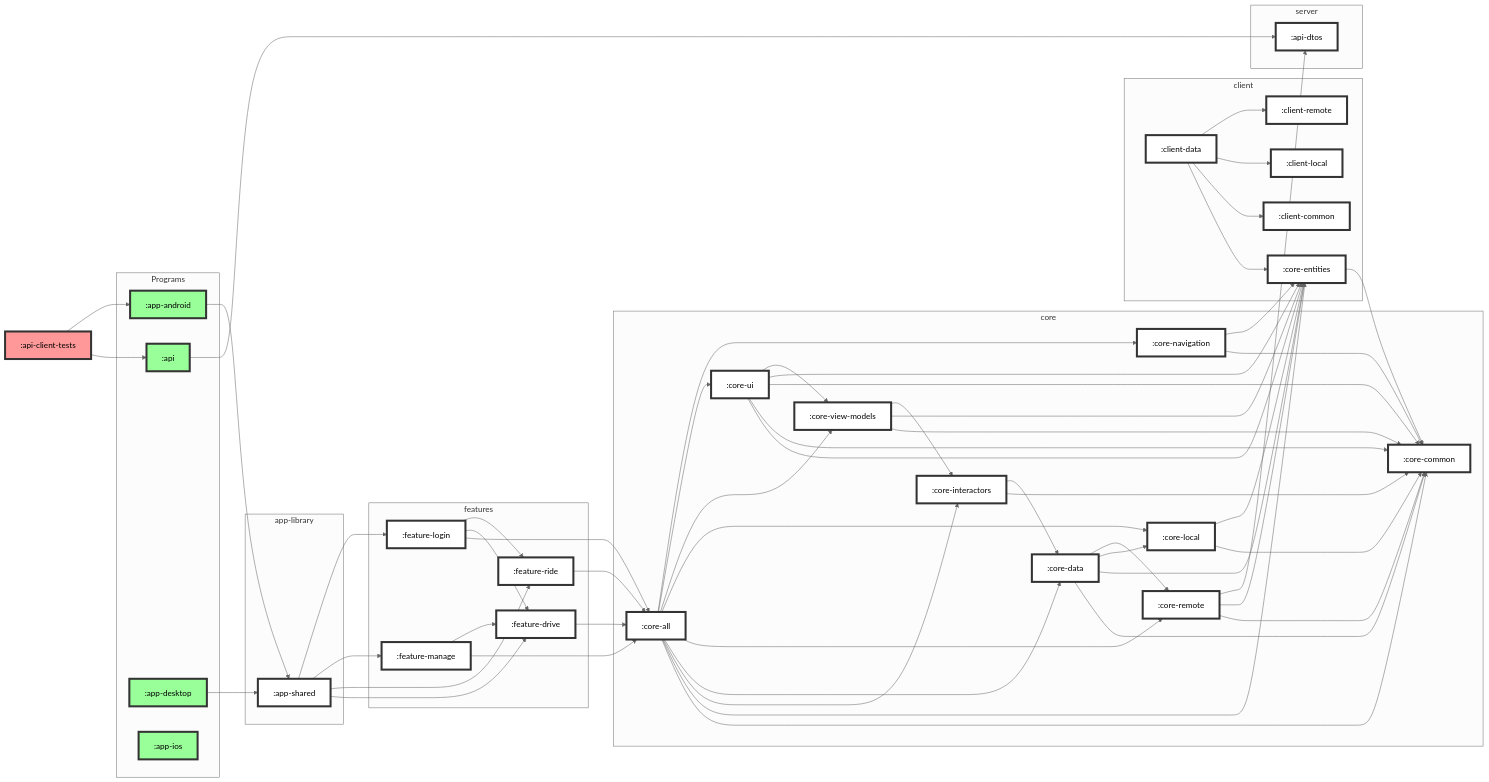
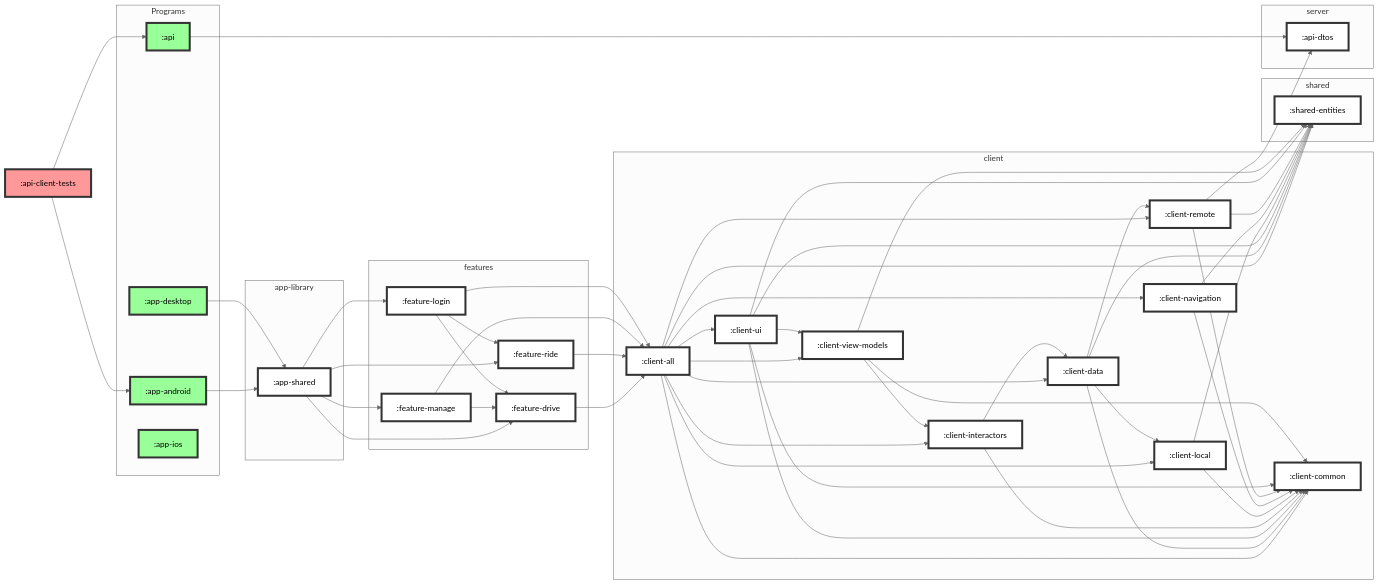
The second of 2 diagrams in README.md (Pointyware/XYZ), drawn with Mermaid before and after one commit.

Commit message:
Replace core modules with client naming

````diff
--- a/README.md
+++ b/README.md
@@ -153,68 +153,62 @@
     :feature-login
   end
 
-  :feature-drive --> :core-all
-  :feature-ride --> :core-all
-  :feature-manage --> :core-all
-  :feature-login --> :core-all
+  :feature-drive --> :client-all
+  :feature-ride --> :client-all
+  :feature-manage --> :client-all
+  :feature-login --> :client-all
   
   :feature-manage --> :feature-drive
   
   :feature-login --> :feature-drive
   :feature-login --> :feature-ride
 
+  subgraph shared
+    :shared-entities
+  end
+
   subgraph server
     :api-dtos
   end
   
   subgraph client
-    :client-data --> :core-entities
+    :client-all --> :shared-entities
+    :client-all --> :client-common
+    :client-all --> :client-interactors
+    :client-all --> :client-data
+    :client-all --> :client-remote
+    :client-all --> :client-local
+    :client-all --> :client-view-models
+    :client-all --> :client-ui
+    :client-all --> :client-navigation
 
+    :client-data --> :shared-entities
     :client-data --> :client-common
     :client-data --> :client-local
     :client-data --> :client-remote
-  end
 
-  subgraph core
-    :core-all --> :core-common
-    :core-all --> :core-entities
-    :core-all --> :core-interactors
-    :core-all --> :core-data
-    :core-all --> :core-remote
-    :core-all --> :core-local
-    :core-all --> :core-view-models
-    :core-all --> :core-ui
-    :core-all --> :core-navigation
+    :client-ui --> :shared-entities
+    :client-ui --> :client-common
     
-    :core-ui --> :core-entities
-    :core-ui --> :core-common
+    :client-interactors --> :client-common
+    :client-interactors --> :client-data
     
-    :core-data --> :core-common
-    :core-data --> :core-entities
-    :core-data --> :core-local
-    :core-data --> :core-remote
+    :client-local --> :client-common
+    :client-local --> :shared-entities
     
-    :core-entities --> :core-common
+    :client-navigation --> :client-common
+    :client-navigation --> :shared-entities
     
-    :core-interactors --> :core-common
-    :core-interactors --> :core-data
+    :client-remote --> :client-common
+    :client-remote --> :shared-entities
+    :client-remote --> :api-dtos
     
-    :core-local --> :core-common
-    :core-local --> :core-entities
+    :client-ui --> :client-common
+    :client-ui --> :shared-entities
+    :client-ui --> :client-view-models
     
-    :core-navigation --> :core-common
-    :core-navigation --> :core-entities
-    
-    :core-remote --> :core-common
-    :core-remote --> :core-entities
-    :core-remote --> :api-dtos
-    
-    :core-ui --> :core-common
-    :core-ui --> :core-entities
-    :core-ui --> :core-view-models
-    
-    :core-view-models --> :core-common
-    :core-view-models --> :core-entities
-    :core-view-models --> :core-interactors
+    :client-view-models --> :client-common
+    :client-view-models --> :shared-entities
+    :client-view-models --> :client-interactors
   end
 ```
````
